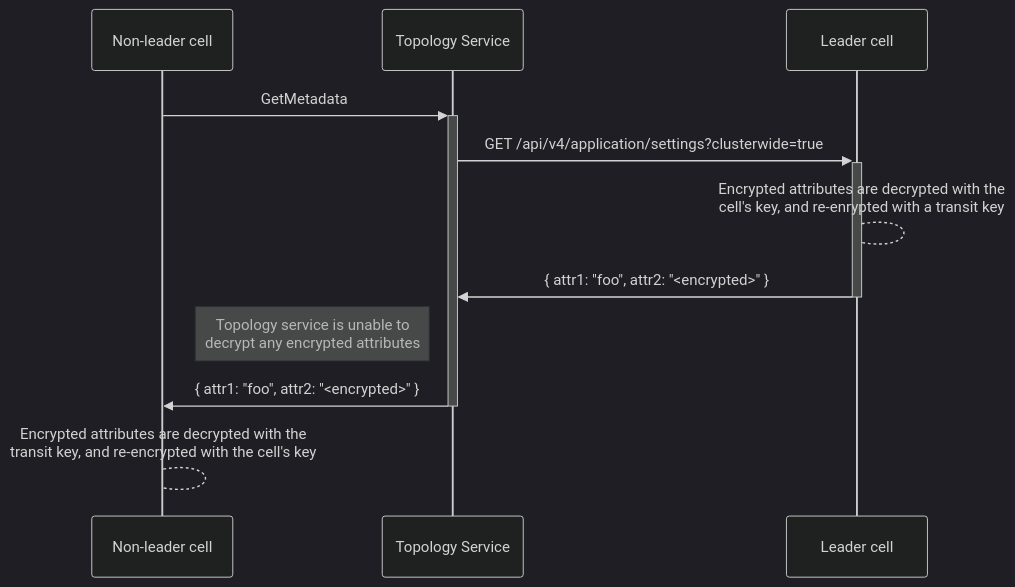
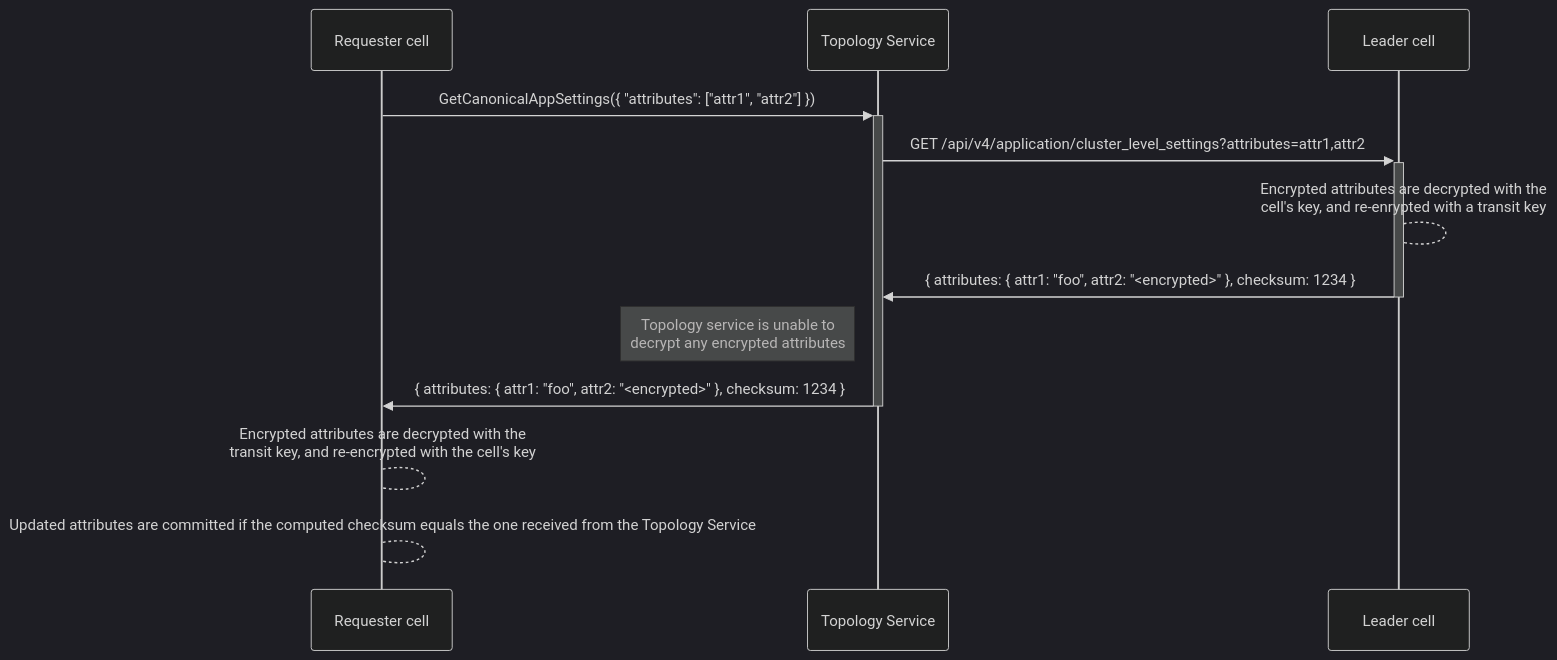
Before and after one commit to moliver28/research-handbook: the first of 2 diagrams in content/handbook/engineering/architecture/design-documents/cells/impacted_features/admin-area.md, drawn with Mermaid (dark theme). The commit also changed other lines of this file, not shown here.

````diff
--- a/content/handbook/engineering/architecture/design-documents/cells/impacted_features/admin-area.md
+++ b/content/handbook/engineering/architecture/design-documents/cells/impacted_features/admin-area.md
@@ -191,10 +199,11 @@
 ```mermaid
 sequenceDiagram
-    Non-leader cell->>+Topology Service: GetMetadata
-    Topology Service->>+Leader cell: GET /api/v4/application/settings?clusterwide=true
+    Requester cell->>+Topology Service: GetCanonicalAppSettings({ "attributes": ["attr1", "attr2"] })
+    Topology Service->>+Leader cell: GET /api/v4/application/cluster_level_settings?attributes=attr1,attr2
     Leader cell-->Leader cell: Encrypted attributes are decrypted with the<br>cell's key, and re-enrypted with a transit key
-    Leader cell->>-Topology Service: { attr1: "foo", attr2: "<encrypted>" }
+    Leader cell->>-Topology Service: { attributes: { attr1: "foo", attr2: "<encrypted>" }, checksum: 1234 }
     Note left of Topology Service: Topology service is unable to<br>decrypt any encrypted attributes
-    Topology Service->>-Non-leader cell: { attr1: "foo", attr2: "<encrypted>" }
-    Non-leader cell-->Non-leader cell: Encrypted attributes are decrypted with the<br>transit key, and re-encrypted with the cell's key
+    Topology Service->>-Requester cell: { attributes: { attr1: "foo", attr2: "<encrypted>" }, checksum: 1234 }
+    Requester cell-->Requester cell: Encrypted attributes are decrypted with the<br>transit key, and re-encrypted with the cell's key
+    Requester cell-->Requester cell: Updated attributes are committed if the computed checksum equals the one received from the Topology Service
 ```
````
